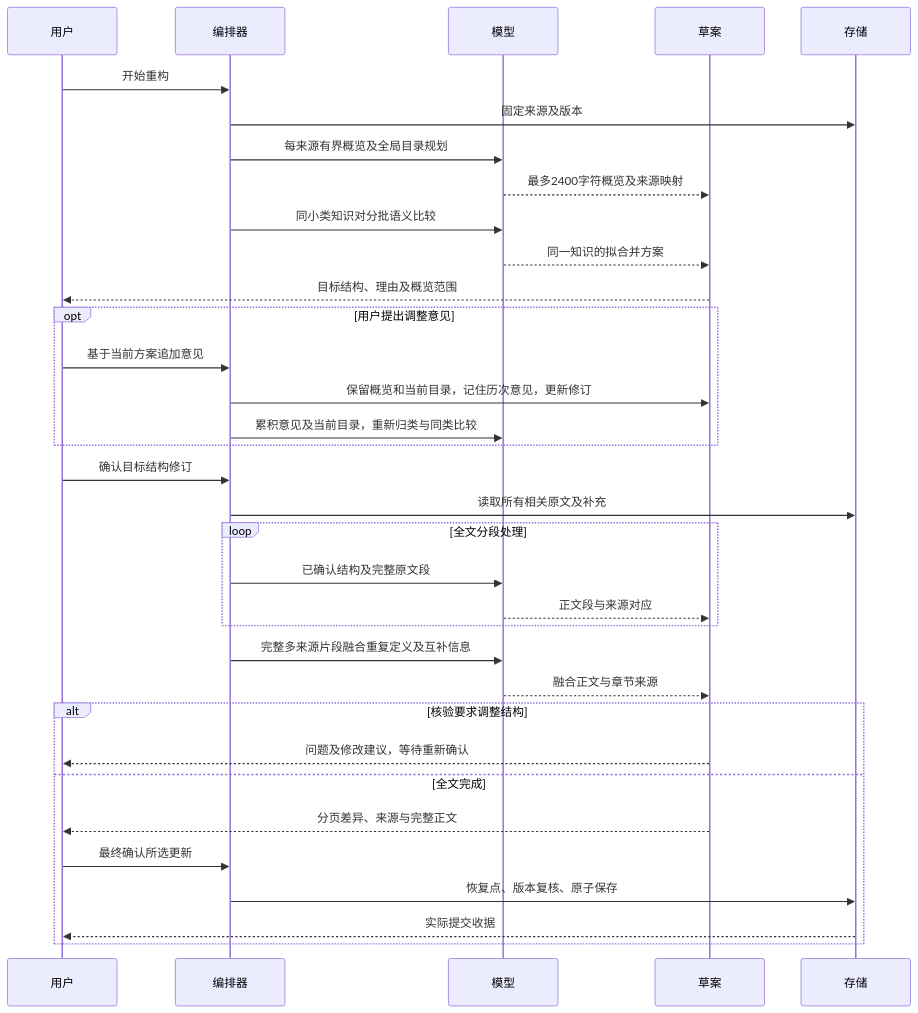
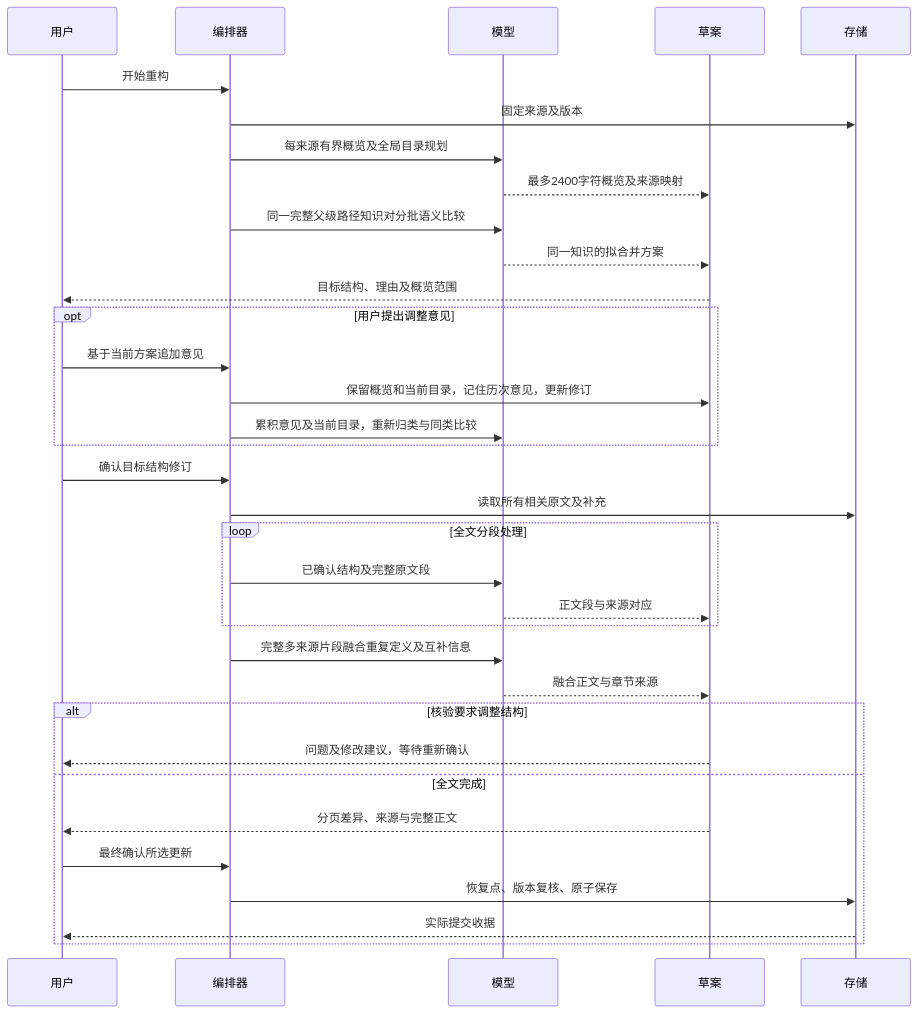
The fifth of 8 diagrams in docs/确认页/个人知识库/产品方案.md (20050404yxc-collab/KnowledgeBase), drawn with Mermaid before and after one commit. The commit also changed other lines of this file and 56 other files, not shown here.

````diff
--- a/docs/确认页/个人知识库/产品方案.md
+++ b/docs/确认页/个人知识库/产品方案.md
@@ -563,36 +563,36 @@
 ```mermaid
 sequenceDiagram
     participant 用户
     participant 编排器
     participant 模型
     participant 草案
     participant 存储
     用户->>编排器: 开始重构
     编排器->>存储: 固定来源及版本
     编排器->>模型: 每来源有界概览及全局目录规划
     模型-->>草案: 最多2400字符概览及来源映射
-    编排器->>模型: 同小类知识对分批语义比较
+    编排器->>模型: 同一完整父级路径知识对分批语义比较
     模型-->>草案: 同一知识的拟合并方案
     草案-->>用户: 目标结构、理由及概览范围
     opt 用户提出调整意见
         用户->>编排器: 基于当前方案追加意见
         编排器->>草案: 保留概览和当前目录，记住历次意见，更新修订
         编排器->>模型: 累积意见及当前目录，重新归类与同类比较
     end
     用户->>编排器: 确认目标结构修订
     编排器->>存储: 读取所有相关原文及补充
     loop 全文分段处理
         编排器->>模型: 已确认结构及完整原文段
         模型-->>草案: 正文段与来源对应
     end
     编排器->>模型: 完整多来源片段融合重复定义及互补信息
     模型-->>草案: 融合正文与章节来源
     alt 核验要求调整结构
         草案-->>用户: 问题及修改建议，等待重新确认
     else 全文完成
         草案-->>用户: 分页差异、来源与完整正文
         用户->>编排器: 最终确认所选更新
         编排器->>存储: 恢复点、版本复核、原子保存
         存储-->>用户: 实际提交收据
     end
 ```
````
